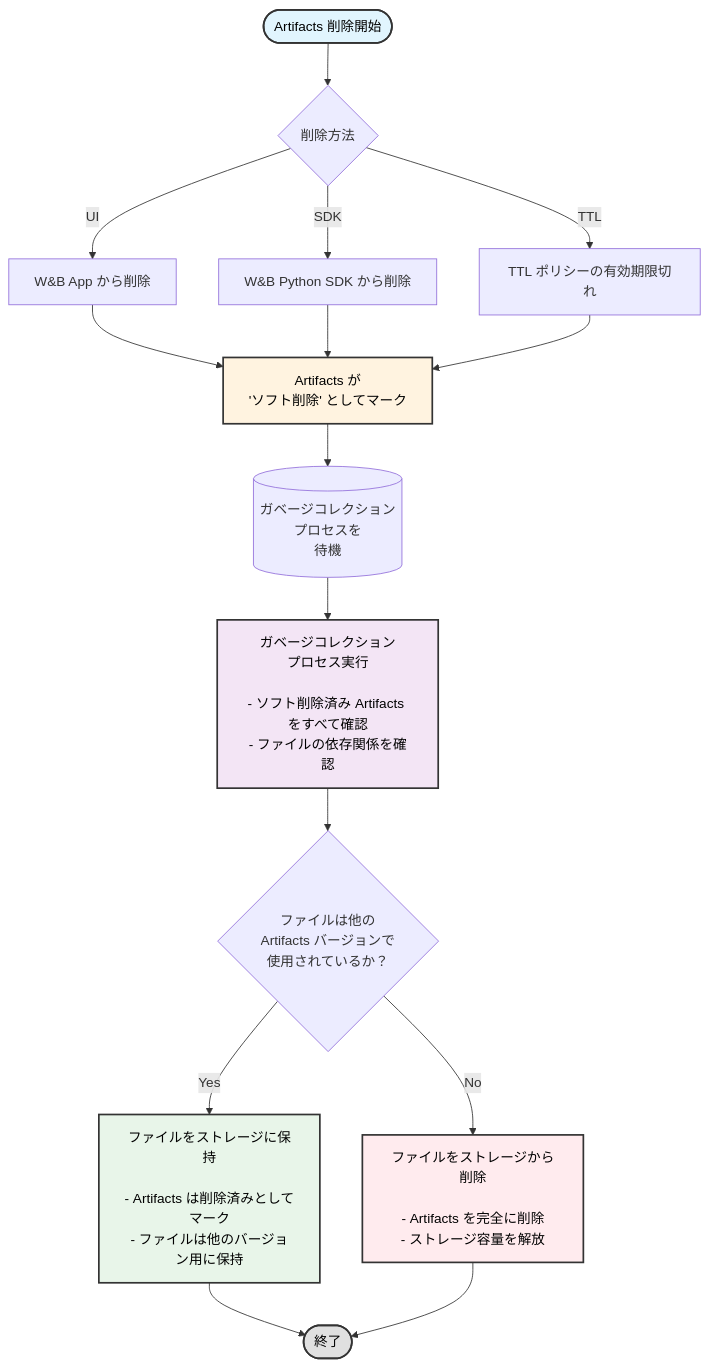
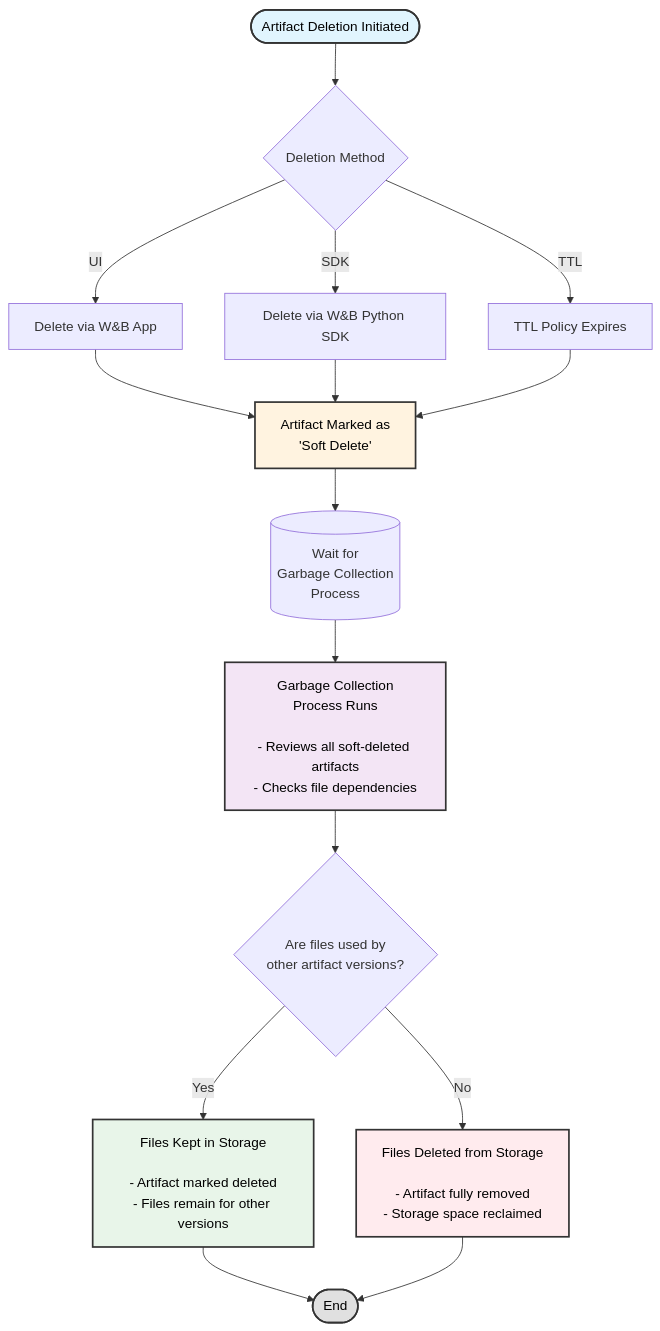
One commit to wandb/docs changed the diagram in ja/models/artifacts/delete-artifacts.mdx. Above: the diagram before and after it, drawn with Mermaid. The commit also changed other lines of this file and 2715 other files, not shown here.

````diff
--- a/ja/models/artifacts/delete-artifacts.mdx
+++ b/ja/models/artifacts/delete-artifacts.mdx
@@ -16,31 +16,31 @@
 ```mermaid
 graph TB
-    Start([Artifacts 削除開始]) --> DeleteMethod{削除方法}
+    Start([Artifact Deletion Initiated]) --> DeleteMethod{Deletion Method}
     
-    DeleteMethod -->|UI| UIDelete[W&B App から削除]
-    DeleteMethod -->|SDK| SDKDelete[W&B Python SDK から削除]
-    DeleteMethod -->|TTL| TTLDelete[TTL ポリシーの有効期限切れ]
+    DeleteMethod -->|UI| UIDelete[Delete via W&B App]
+    DeleteMethod -->|SDK| SDKDelete[Delete via W&B Python SDK]
+    DeleteMethod -->|TTL| TTLDelete[TTL Policy Expires]
     
-    UIDelete --> SoftDelete[Artifacts が<br/>'ソフト削除' としてマーク]
+    UIDelete --> SoftDelete[Artifact Marked as<br/>'Soft Delete']
     SDKDelete --> SoftDelete
     TTLDelete --> SoftDelete
     
-    SoftDelete --> GCWait[(ガベージコレクション<br/>プロセスを<br/>待機)]
+    SoftDelete --> GCWait[(Wait for<br/>Garbage Collection<br/>Process)]
     
-    GCWait --> GCRun[ガベージコレクション<br/>プロセス実行<br/><br/>- ソフト削除済み Artifacts をすべて確認<br/>- ファイルの依存関係を確認]
+    GCWait --> GCRun[Garbage Collection<br/>Process Runs<br/><br/>- Reviews all soft-deleted artifacts<br/>- Checks file dependencies]
     
-    GCRun --> CheckUsage{ファイルは他の<br/>Artifacts バージョンで<br/>使用されているか？}
+    GCRun --> CheckUsage{Are files used by<br/>other artifact versions?}
     
-    CheckUsage -->|Yes| KeepFiles[ファイルをストレージに保持<br/><br/>- Artifacts は削除済みとしてマーク<br/>- ファイルは他のバージョン用に保持]
-    CheckUsage -->|No| DeleteFiles[ファイルをストレージから削除<br/><br/>- Artifacts を完全に削除<br/>- ストレージ容量を解放]
+    CheckUsage -->|Yes| KeepFiles[Files Kept in Storage<br/><br/>- Artifact marked deleted<br/>- Files remain for other versions]
+    CheckUsage -->|No| DeleteFiles[Files Deleted from Storage<br/><br/>- Artifact fully removed<br/>- Storage space reclaimed]
     
-    KeepFiles --> End([終了])
+    KeepFiles --> End([End])
     DeleteFiles --> End
     
     style Start fill:#e1f5fe,stroke:#333,stroke-width:2px,color:#000
     style SoftDelete fill:#fff3e0,stroke:#333,stroke-width:2px,color:#000
     style GCRun fill:#f3e5f5,stroke:#333,stroke-width:2px,color:#000
     style KeepFiles fill:#e8f5e9,stroke:#333,stroke-width:2px,color:#000
     style DeleteFiles fill:#ffebee,stroke:#333,stroke-width:2px,color:#000
     style End fill:#e0e0e0,stroke:#333,stroke-width:2px,color:#000
 ```
````
